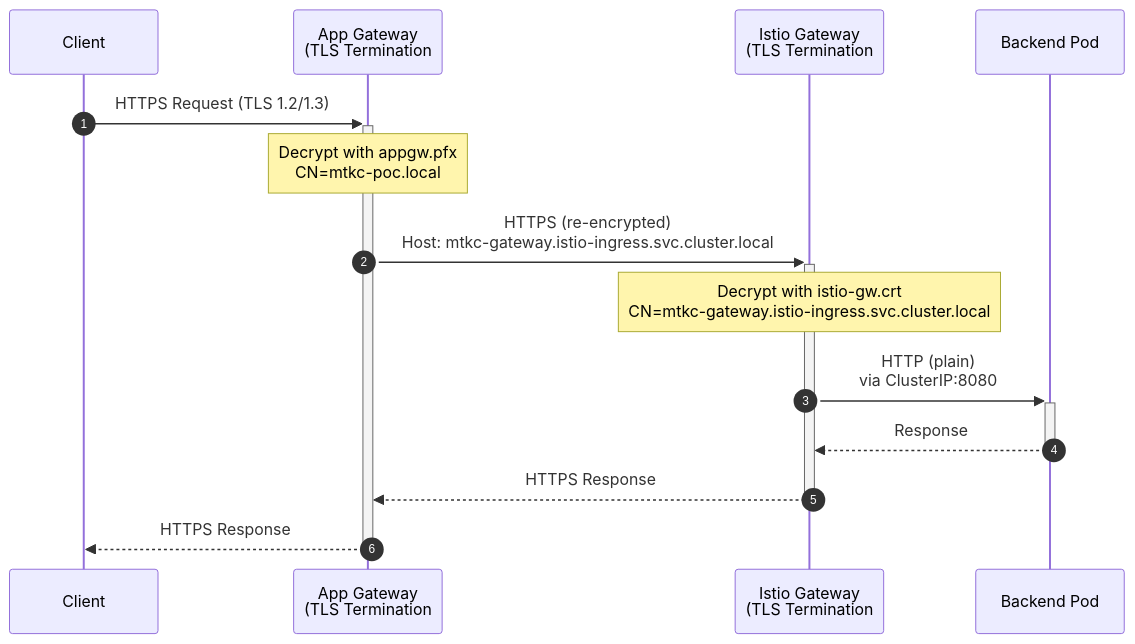
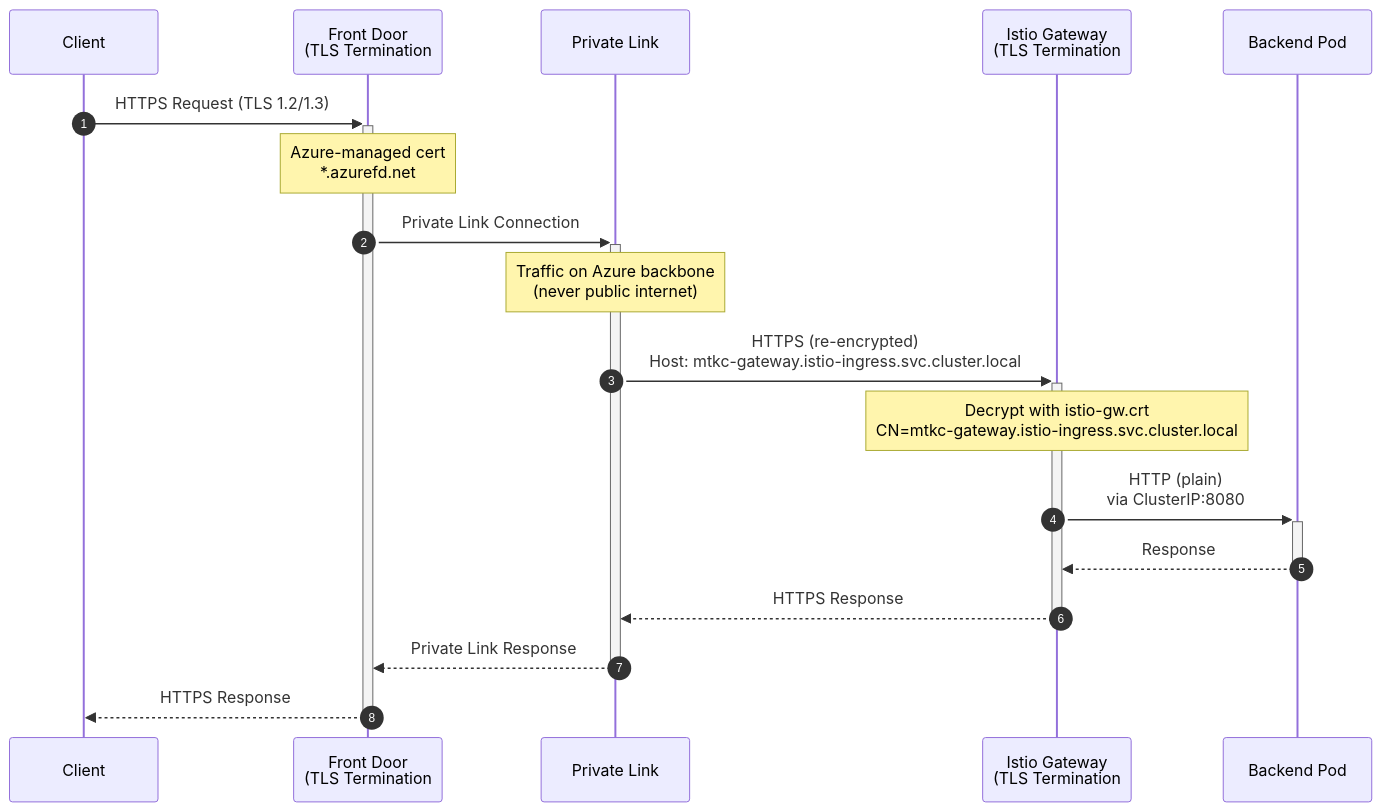
The second of 11 diagrams in README.md (shanaka-versent/AKS-Istio-GatewayAPI-Demo), drawn with Mermaid before and after one commit. The commit also changed other lines of this file, not shown here.

First line of the commit message:
Update all architecture diagrams to show Front Door + Private Link

````diff
--- a/README.md
+++ b/README.md
@@ -207,19 +206,24 @@
 ```mermaid
 sequenceDiagram
     autonumber
     participant Client
-    participant AppGW as App Gateway<br/>(TLS Termination #1)
+    participant FD as Front Door<br/>(TLS Termination #1)
+    participant PL as Private Link
     participant IstioGW as Istio Gateway<br/>(TLS Termination #2)
     participant Pod as Backend Pod
 
-    Client->>+AppGW: HTTPS Request (TLS 1.2/1.3)
-    Note over AppGW: Decrypt with appgw.pfx<br/>CN=mtkc-poc.local
+    Client->>+FD: HTTPS Request (TLS 1.2/1.3)
+    Note over FD: Azure-managed cert<br/>*.azurefd.net
 
-    AppGW->>+IstioGW: HTTPS (re-encrypted)<br/>Host: mtkc-gateway.istio-ingress.svc.cluster.local
+    FD->>+PL: Private Link Connection
+    Note over PL: Traffic on Azure backbone<br/>(never public internet)
+
+    PL->>+IstioGW: HTTPS (re-encrypted)<br/>Host: mtkc-gateway.istio-ingress.svc.cluster.local
     Note over IstioGW: Decrypt with istio-gw.crt<br/>CN=mtkc-gateway.istio-ingress.svc.cluster.local
 
     IstioGW->>+Pod: HTTP (plain)<br/>via ClusterIP:8080
     Pod-->>-IstioGW: Response
-    IstioGW-->>-AppGW: HTTPS Response
-    AppGW-->>-Client: HTTPS Response
+    IstioGW-->>-PL: HTTPS Response
+    PL-->>-FD: Private Link Response
+    FD-->>-Client: HTTPS Response
 ```
````
